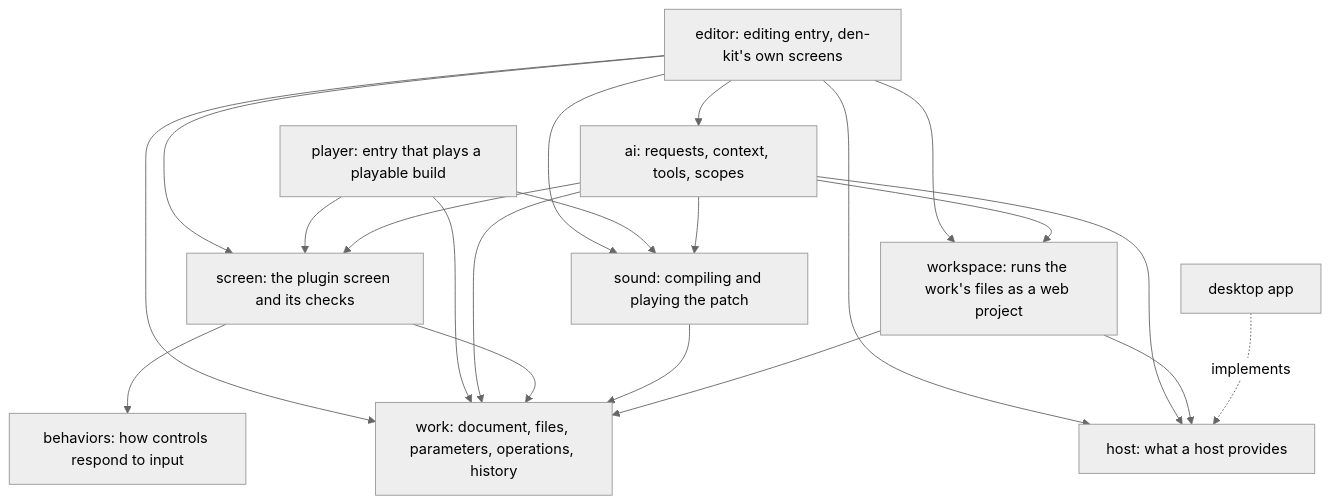
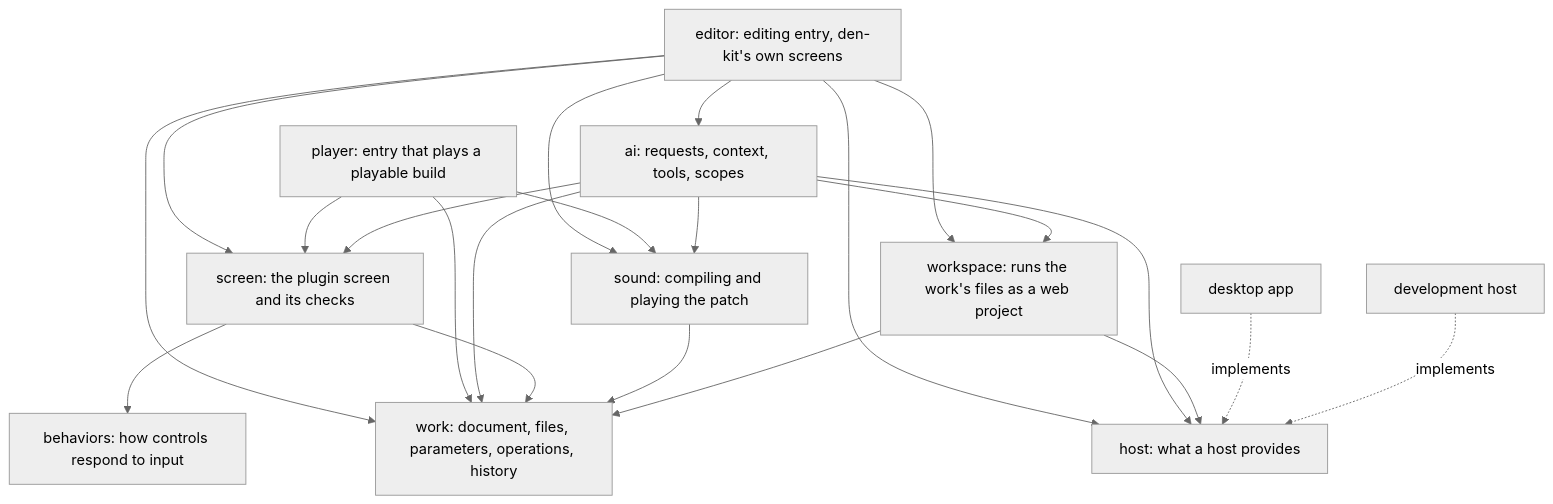
The first of 2 diagrams in docs/architecture.md (yuichkun/den-kit), drawn with Mermaid (neutral theme) before and after one commit. The commit also changed other lines of this file and 60 other files, not shown here.

````diff
--- a/docs/architecture.md
+++ b/docs/architecture.md
@@ -31,20 +31,22 @@
 ```mermaid
 flowchart TD
   editor["editor: editing entry, den-kit's own screens"]
   player["player: entry that plays a playable build"]
   ai["ai: requests, context, tools, scopes"]
   screen["screen: the plugin screen and its checks"]
   sound["sound: compiling and playing the patch"]
   workspace["workspace: runs the work's files as a web project"]
   behaviors["behaviors: how controls respond to input"]
   work["work: document, files, parameters, operations, history"]
   host["host: what a host provides"]
   desktop["desktop app"]
+  dev["development host"]
   editor --> ai & screen & sound & workspace & work & host
   player --> screen & sound & work
   ai --> screen & sound & workspace & work & host
   screen --> behaviors & work
   sound --> work
   workspace --> work & host
   desktop -. implements .-> host
+  dev -. implements .-> host
 ```
````
